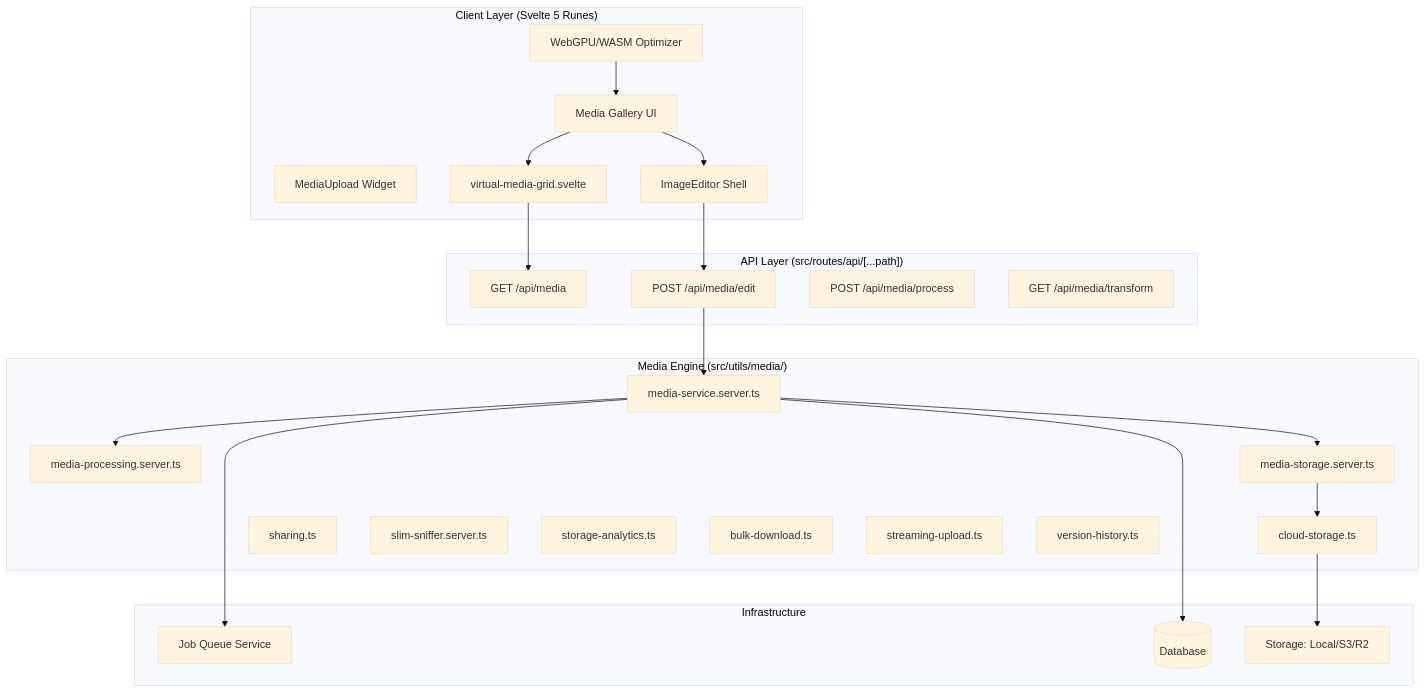
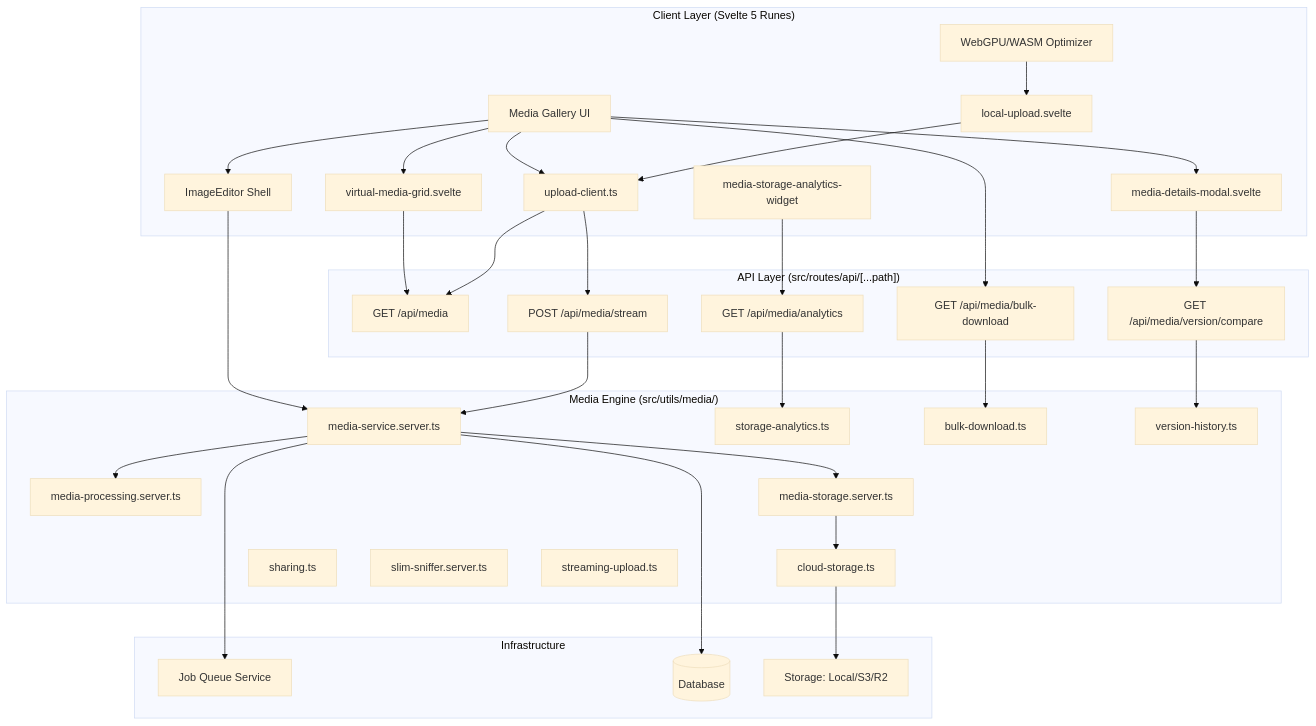
The diagram in docs/reference/architecture/media-system.mdx (SveltyCMS/SveltyCMS), drawn with Mermaid (base theme) before and after one commit. The commit also changed other lines of this file and 150 other files, not shown here.

````diff
--- a/docs/reference/architecture/media-system.mdx
+++ b/docs/reference/architecture/media-system.mdx
@@ -28,49 +28,64 @@
 ```mermaid
 graph TB
     subgraph "Client Layer (Svelte 5 Runes)"
         UI[Media Gallery UI]
-        UW[MediaUpload Widget]
+        MODAL[media-details-modal.svelte]
+        UW[local-upload.svelte]
+        UPLOAD[upload-client.ts]
+        DASH[media-storage-analytics-widget]
         VGRID[virtual-media-grid.svelte]
         EDITOR[ImageEditor Shell]
         WGPU[WebGPU/WASM Optimizer]
     end
 
     subgraph "API Layer (src/routes/api/[...path])"
         API1[GET /api/media]
-        API2[POST /api/media/edit]
-        API3[POST /api/media/process]
-        API4[GET /api/media/transform]
+        API2[POST /api/media/stream]
+        API3[GET /api/media/analytics]
+        API4[GET /api/media/bulk-download]
+        API5[GET /api/media/version/compare]
     end
 
     subgraph "Media Engine (src/utils/media/)"
         MS[media-service.server.ts]
         MPS[media-processing.server.ts]
         MST[media-storage.server.ts]
         CS[cloud-storage.ts]
         SHARING[sharing.ts]
         SNIFF[slim-sniffer.server.ts]
         ANALYTICS[storage-analytics.ts]
         BULK[bulk-download.ts]
         STREAM[streaming-upload.ts]
         VERSIONS[version-history.ts]
     end
 
     subgraph "Infrastructure"
         JOBS[Job Queue Service]
         DB[(Database)]
         STORE[Storage: Local/S3/R2]
     end
 
     UI --> VGRID
     VGRID --> API1
+    UI --> MODAL
+    MODAL --> API5
+    UI --> UPLOAD
+    UW --> UPLOAD
+    UPLOAD --> API2
+    UPLOAD --> API1
+    DASH --> API3
+    UI --> API4
     UI --> EDITOR
-    WGPU --> UI
-    EDITOR --> API2
+    WGPU --> UW
+    EDITOR --> MS
     API2 --> MS
+    API3 --> ANALYTICS
+    API4 --> BULK
+    API5 --> VERSIONS
     MS --> MPS
     MS --> MST
     MST --> CS
     MS --> JOBS
     MS --> DB
     CS --> STORE
 ```
````
